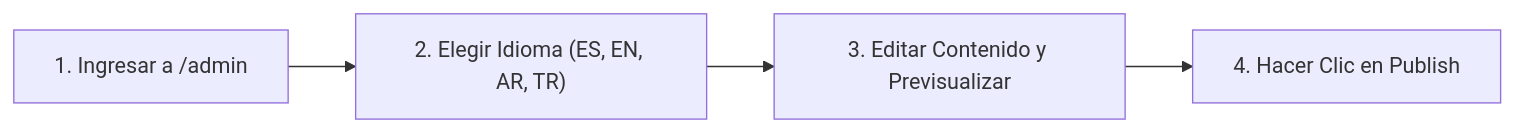
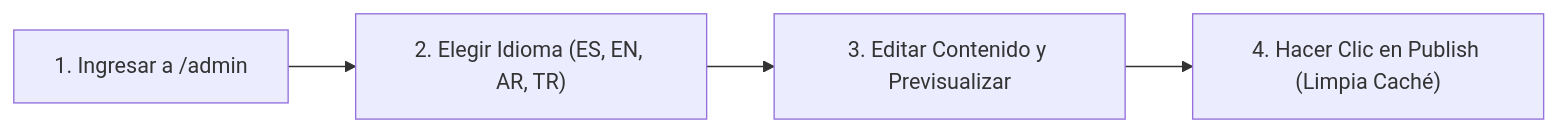
Before and after one commit to Vicacha-Devs/central-mosque-bogota: the diagram in docs/src/content/docs/es/06-editorial-guide/cms-editor-handbook.md, drawn with Mermaid. The commit also changed other lines of this file and 23 other files, not shown here.

First line of the commit message:
docs: add learning roadmap, refresh backend/architecture guides, fix typedoc build

````diff
--- a/docs/src/content/docs/es/06-editorial-guide/cms-editor-handbook.md
+++ b/docs/src/content/docs/es/06-editorial-guide/cms-editor-handbook.md
@@ -8,6 +8,6 @@
 ```mermaid
 flowchart LR
   Login["1. Ingresar a /admin"] --> SelectLocale["2. Elegir Idioma (ES, EN, AR, TR)"]
   SelectLocale --> Edit["3. Editar Contenido y Previsualizar"]
-  Edit --> Publish["4. Hacer Clic en Publish"]
+  Edit --> Publish["4. Hacer Clic en Publish (Limpia Caché)"]
 ```
````
